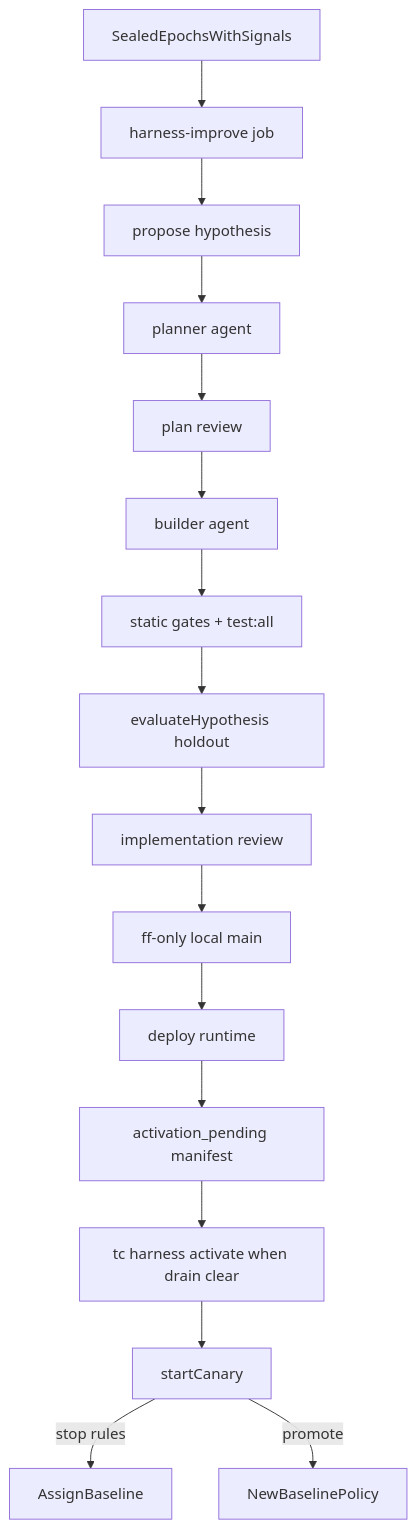
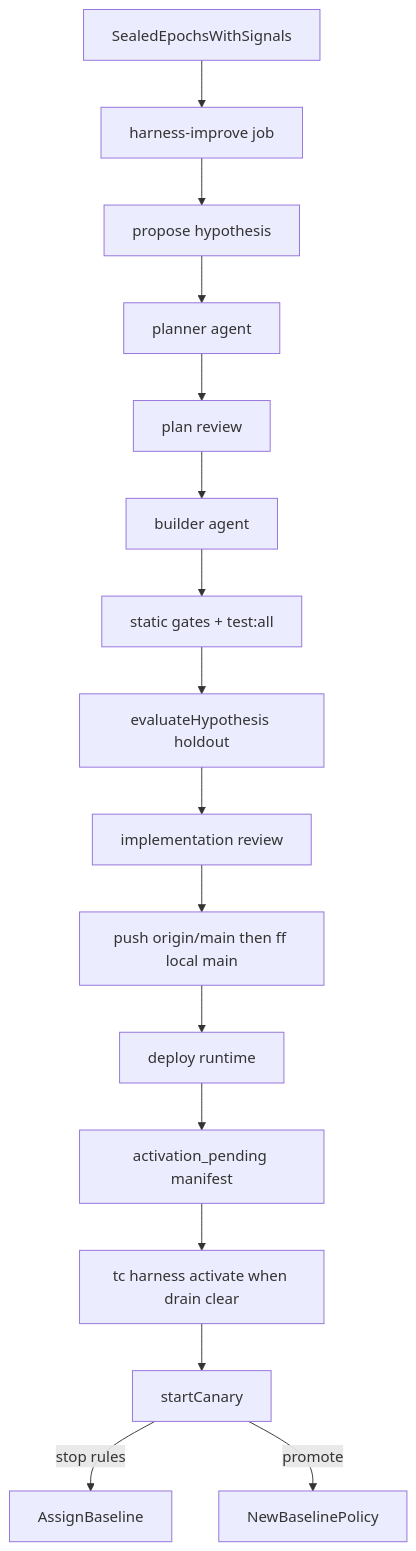
The diagram in docs/architecture/harness-improvement.md (KekusPraeclarus/trenchcoat), drawn with Mermaid before and after one commit. The commit also changed other lines of this file and 113 other files, not shown here.

````diff
--- a/docs/architecture/harness-improvement.md
+++ b/docs/architecture/harness-improvement.md
@@ -20,18 +20,18 @@
 ```mermaid
 flowchart TD
   sealed[SealedEpochsWithSignals] --> job[harness-improve job]
   job --> propose[propose hypothesis]
   propose --> plan[planner agent]
   plan --> planReview[plan review]
   planReview --> build[builder agent]
   build --> static[static gates + test:all]
   static --> holdout[evaluateHypothesis holdout]
   holdout --> implReview[implementation review]
-  implReview --> integrate[ff-only local main]
+  implReview --> integrate[push origin/main then ff local main]
   integrate --> deploy[deploy runtime]
   deploy --> pending[activation_pending manifest]
   pending --> activate[tc harness activate when drain clear]
   activate --> canary[startCanary]
   canary -->|stop rules| rollback[AssignBaseline]
   canary -->|promote| baseline[NewBaselinePolicy]
 ```
````
